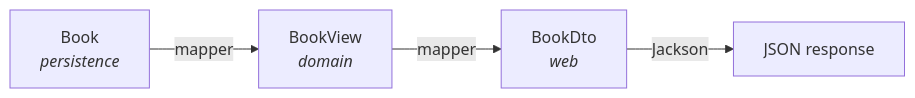
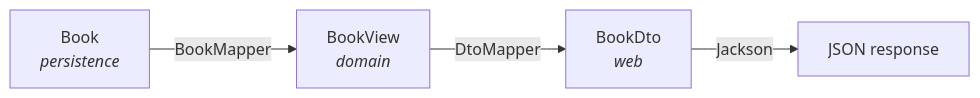
One commit to bscheucher/hibernatelab changed the diagram in src/docs/mapping-with-mapstruct.md. Above: the diagram before and after it, drawn with Mermaid. The commit also changed other lines of this file, not shown here.

````diff
--- a/src/docs/mapping-with-mapstruct.md
+++ b/src/docs/mapping-with-mapstruct.md
@@ -15,6 +15,6 @@
 ```mermaid
 flowchart LR
-    Book["Book<br/><i>persistence</i>"] -->|mapper| BookView["BookView<br/><i>domain</i>"]
-    BookView -->|mapper| BookDto["BookDto<br/><i>web</i>"]
+    Book["Book<br/><i>persistence</i>"] -->|BookMapper| BookView["BookView<br/><i>domain</i>"]
+    BookView -->|DtoMapper| BookDto["BookDto<br/><i>web</i>"]
     BookDto -->|Jackson| JSON["JSON response"]
 ```
````
